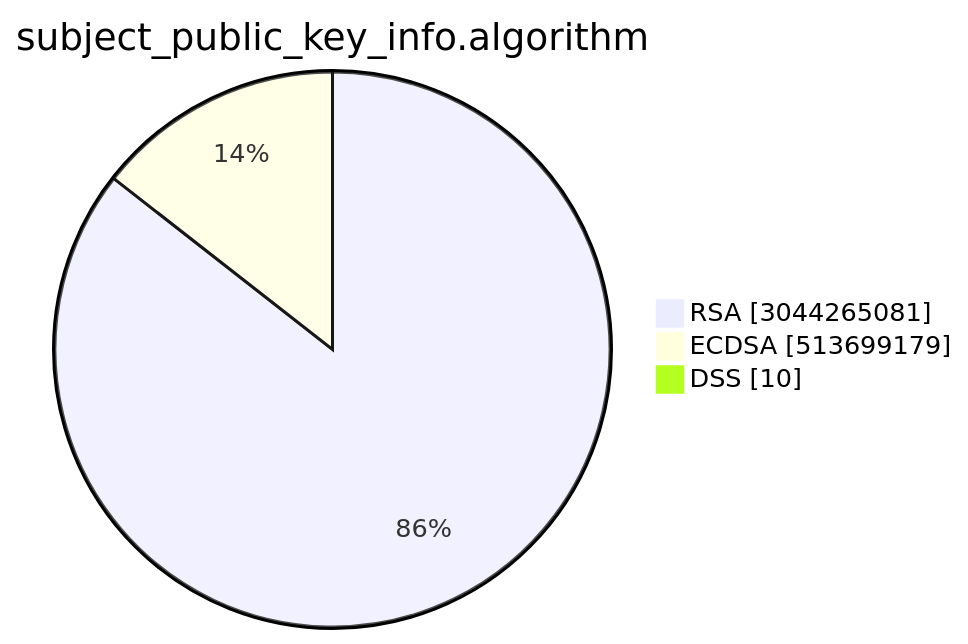
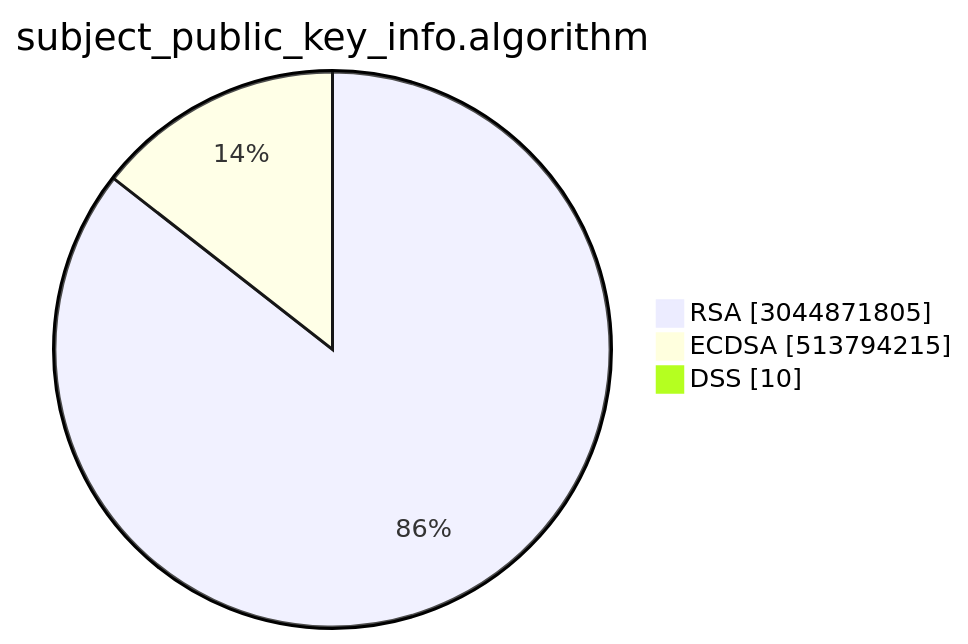
Before and after one commit to christiankrug/ctmonitor_visualization: the second of 15 diagrams in TOTAL/README.md, drawn with Mermaid. The commit also changed other lines of this file, not shown here.

````diff
--- a/TOTAL/README.md
+++ b/TOTAL/README.md
@@ -6,7 +6,7 @@
 ```mermaid
 pie showData
 title subject_public_key_info.algorithm
-"RSA" :3044265081
-"ECDSA" :513699179
+"RSA" :3044871805
+"ECDSA" :513794215
 "DSS" :10
 ```
````
